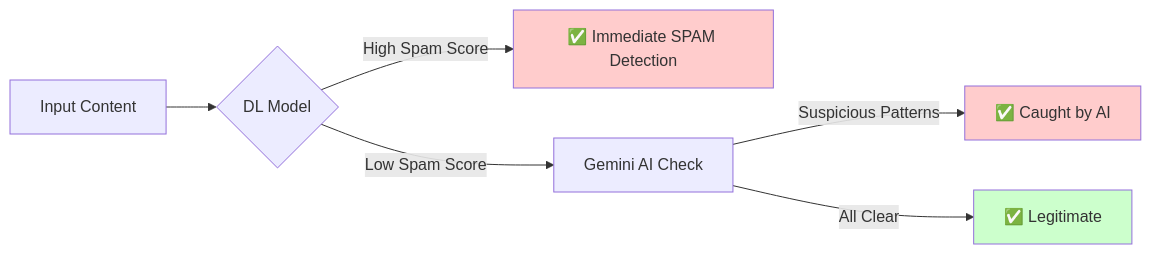
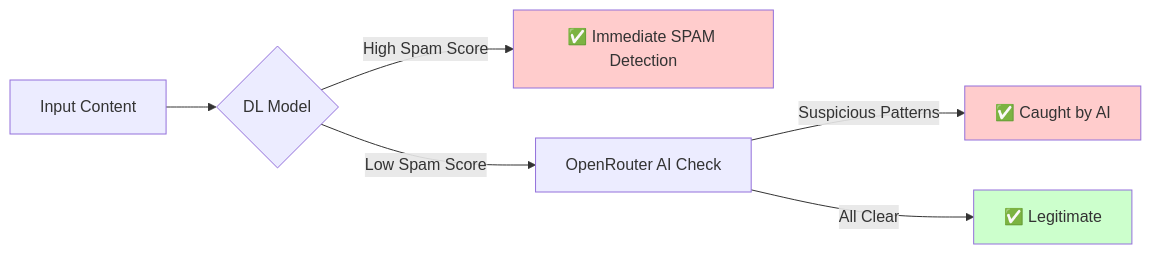
The third of 12 diagrams in README.md (ubvc04/Spam-Detection), drawn with Mermaid before and after one commit. The commit also changed other lines of this file and 25 other files, not shown here.

Commit message:
Update project: Add user authentication, history tracking, and OpenRouter verification

````diff
--- a/README.md
+++ b/README.md
@@ -156,12 +156,12 @@
 ```mermaid
 graph LR
     A[Input Content] --> B{DL Model}
     B -->|High Spam Score| C[✅ Immediate SPAM Detection]
-    B -->|Low Spam Score| D[Gemini AI Check]
+    B -->|Low Spam Score| D[OpenRouter AI Check]
     D -->|Suspicious Patterns| E[✅ Caught by AI]
     D -->|All Clear| F[✅ Legitimate]
     
     style C fill:#ffcccc
     style E fill:#ffcccc
     style F fill:#ccffcc
 ```
````
